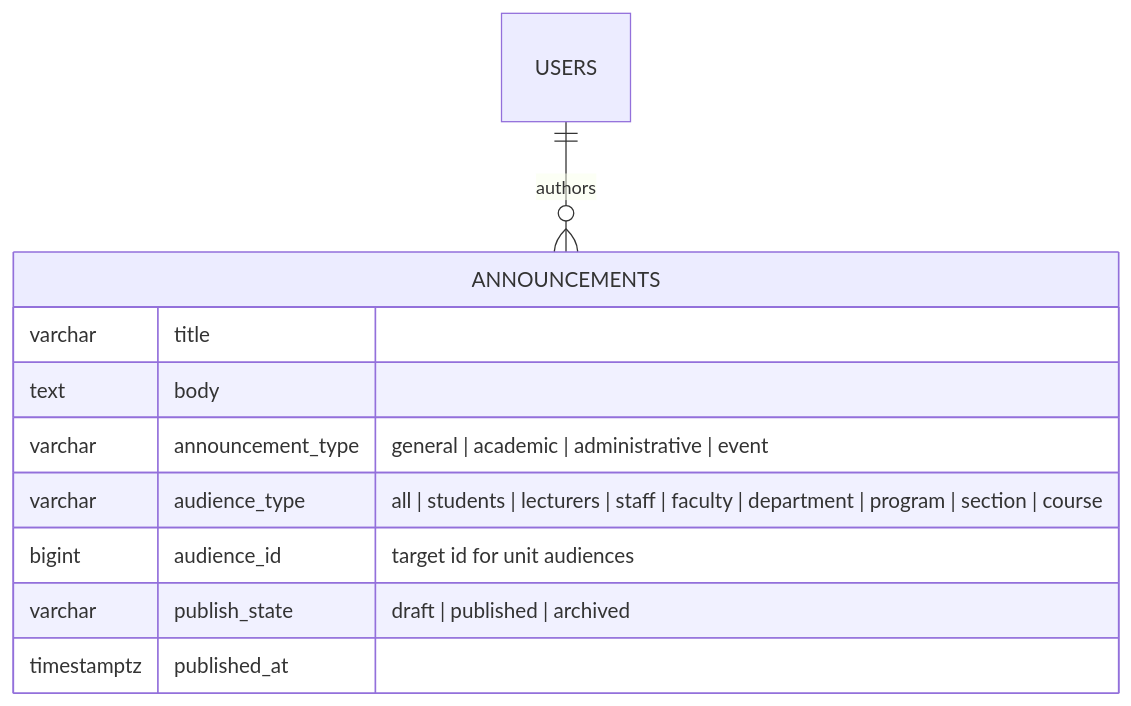
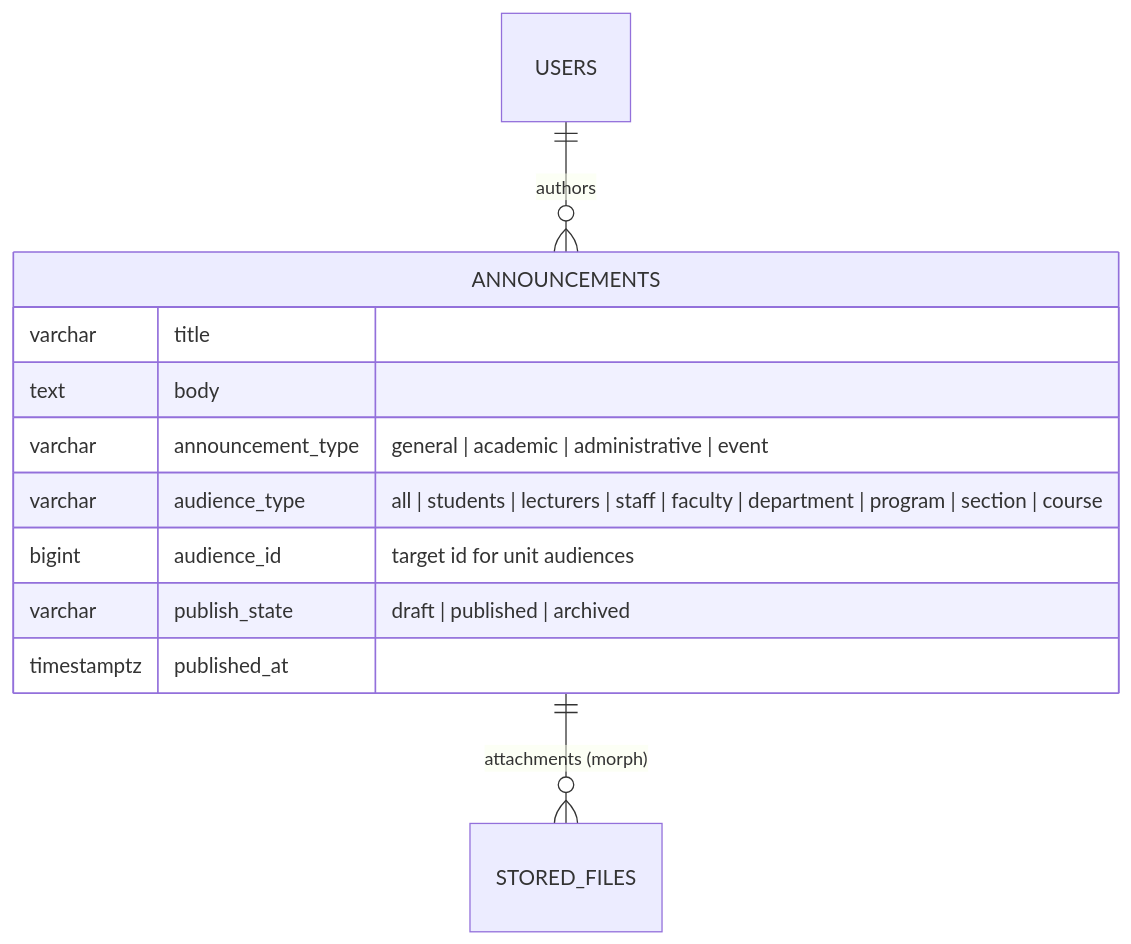
One commit to RITH-1437/educore changed the first of 2 diagrams in docs/24_Announcements-Report.md. Above: the diagram before and after it, drawn with Mermaid. The commit also changed other lines of this file and 29 other files, not shown here.

Commit message:
[Feature]: add invoice & analytics PDF exports, announcement attachments, and modern donut charts.

````diff
--- a/docs/24_Announcements-Report.md
+++ b/docs/24_Announcements-Report.md
@@ -23,13 +25,14 @@
 ```mermaid
 erDiagram
     USERS ||--o{ ANNOUNCEMENTS : authors
+    ANNOUNCEMENTS ||--o{ STORED_FILES : "attachments (morph)"
     ANNOUNCEMENTS {
         varchar title
         text body
         varchar announcement_type "general | academic | administrative | event"
         varchar audience_type "all | students | lecturers | staff | faculty | department | program | section | course"
         bigint audience_id "target id for unit audiences"
         varchar publish_state "draft | published | archived"
         timestamptz published_at
     }
 ```
````
